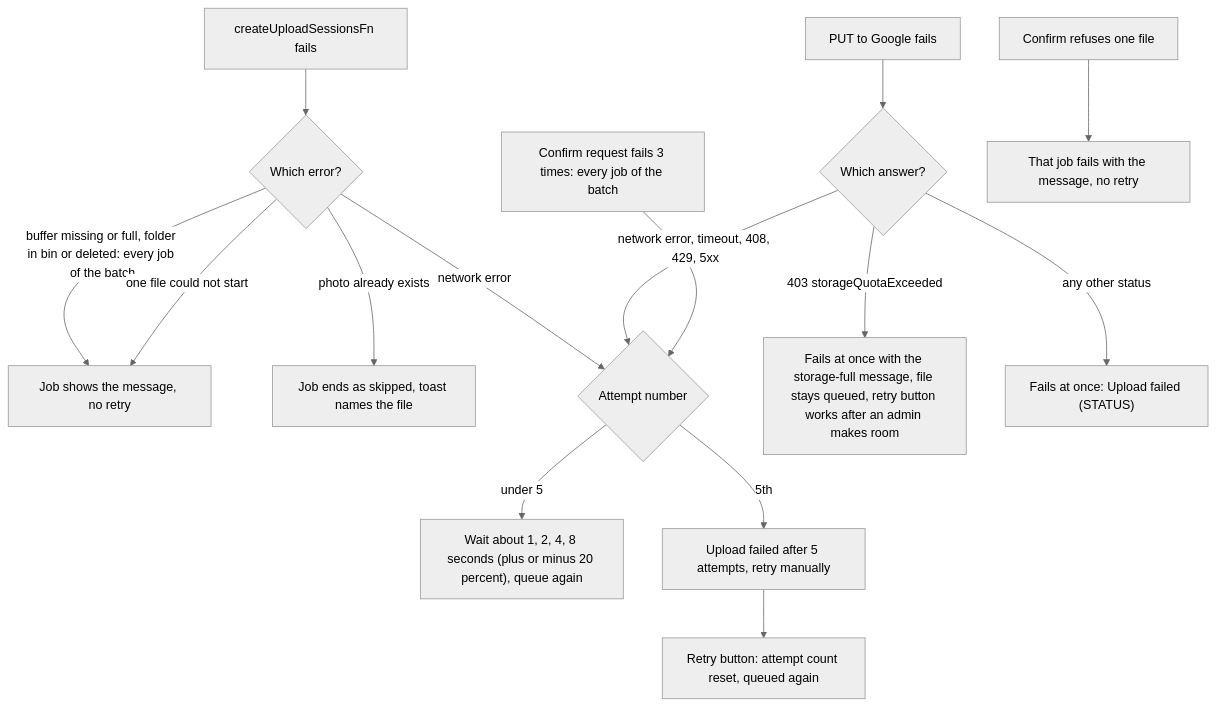
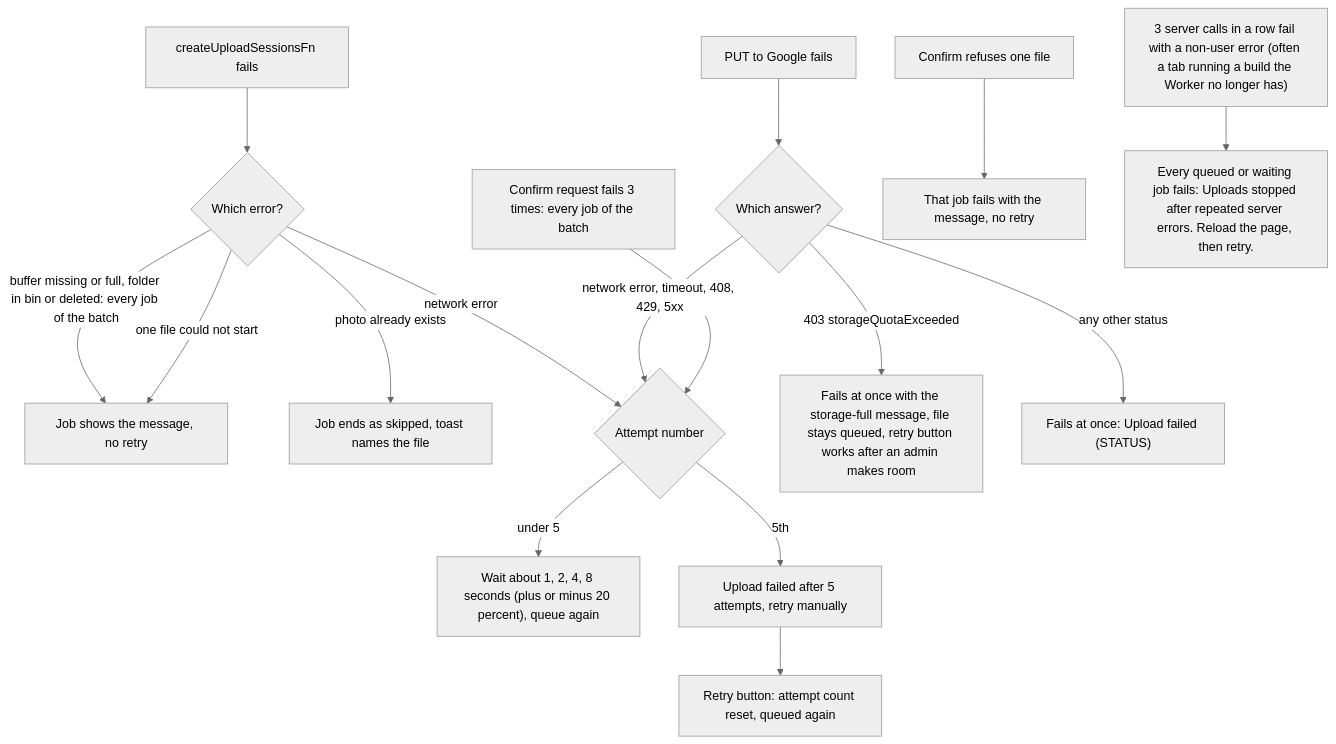
The diagram in docs/scenarios/member/albums/upload-failures.md (sagyzdop/meriksirat), drawn with Mermaid (neutral theme) before and after one commit. The commit also changed 8 other files, not shown here.

````diff
--- a/docs/scenarios/member/albums/upload-failures.md
+++ b/docs/scenarios/member/albums/upload-failures.md
@@ -7,17 +7,18 @@
 ```mermaid
 flowchart TD
     S["createUploadSessionsFn fails"] --> S1{"Which error?"}
     S1 -- "buffer missing or full, folder in bin or deleted: every job of the batch" --> S2["Job shows the message, no retry"]
     S1 -- "one file could not start" --> S2
     S1 -- "photo already exists" --> S3["Job ends as skipped, toast names the file"]
     S1 -- "network error" --> T
     P["PUT to Google fails"] --> P1{"Which answer?"}
     P1 -- "403 storageQuotaExceeded" --> Q["Fails at once with the storage-full message, file stays queued, retry button works after an admin makes room"]
     P1 -- "network error, timeout, 408, 429, 5xx" --> T
     P1 -- "any other status" --> F["Fails at once: Upload failed (STATUS)"]
     C["Confirm request fails 3 times: every job of the batch"] --> T
     C1["Confirm refuses one file"] --> F1["That job fails with the message, no retry"]
     T{"Attempt number"} -- "under 5" --> W["Wait about 1, 2, 4, 8 seconds (plus or minus 20 percent), queue again"]
     T -- "5th" --> M["Upload failed after 5 attempts, retry manually"]
     M --> R["Retry button: attempt count reset, queued again"]
+    X["3 server calls in a row fail with a non-user error (often a tab running a build the Worker no longer has)"] --> X1["Every queued or waiting job fails: Uploads stopped after repeated server errors. Reload the page, then retry."]
 ```
````
